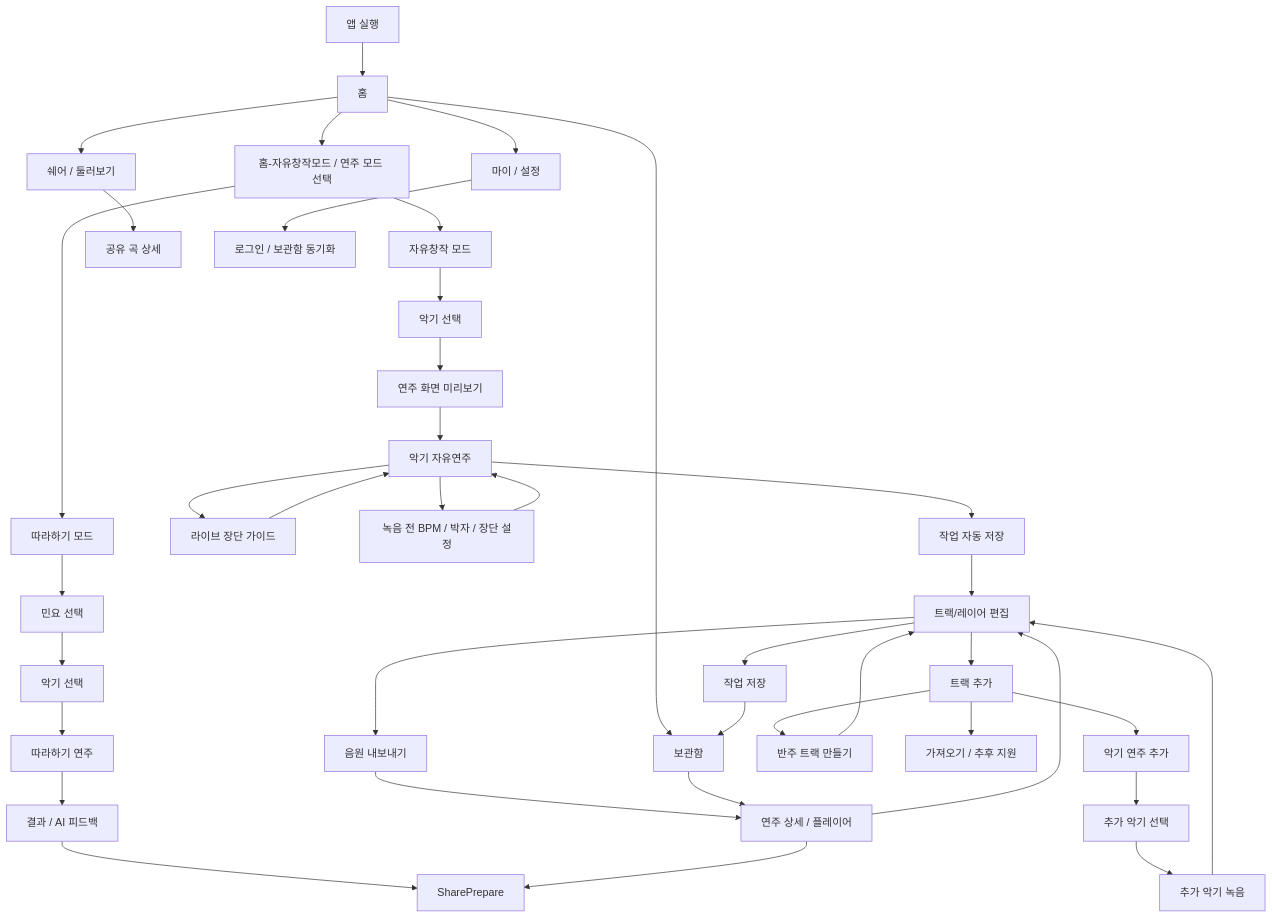
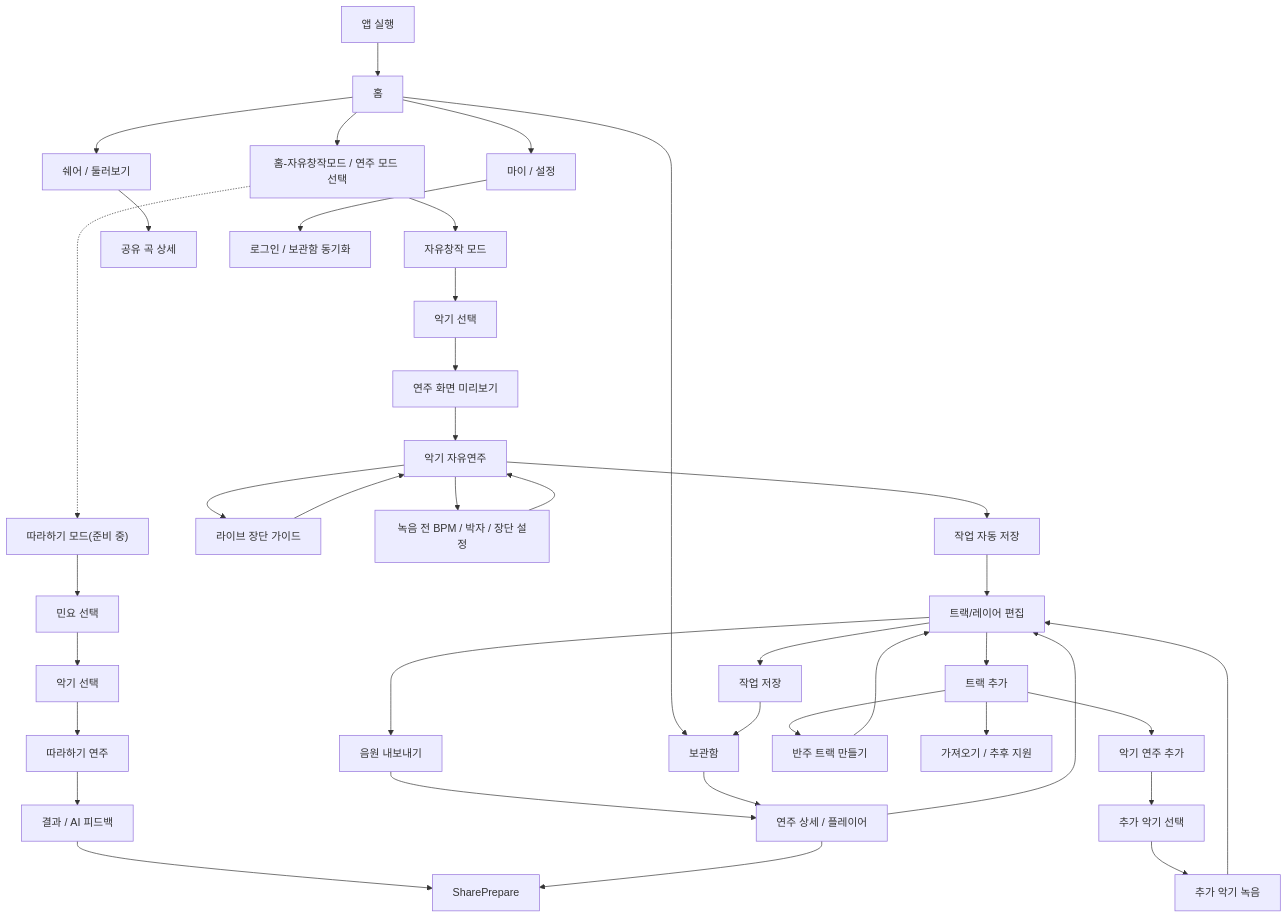
The diagram in front/docs/product/screen-flow/current-screen-flow.md (logan0741/GARAK-AI-Gugak-Studio), drawn with Mermaid before and after one commit. The commit also changed other lines of this file and 27 other files, not shown here.

````diff
--- a/front/docs/product/screen-flow/current-screen-flow.md
+++ b/front/docs/product/screen-flow/current-screen-flow.md
@@ -122,48 +123,48 @@
 ```mermaid
 flowchart TD
     App["앱 실행"] --> Home["홈"]
 
     Home --> ModeGuide["홈-자유창작모드 / 연주 모드 선택"]
     Home --> Library["보관함"]
     Home --> ShareFeed["쉐어 / 둘러보기"]
     Home --> Settings["마이 / 설정"]
 
     ModeGuide --> FreeMode["자유창작 모드"]
-    ModeGuide --> PracticeEntry["따라하기 모드"]
+    ModeGuide -.-> PracticeEntry["따라하기 모드(준비 중)"]
     FreeMode --> InstrumentSettings["악기 선택"]
     InstrumentSettings --> PlayPreview["연주 화면 미리보기"]
     PlayPreview --> FreePlay["악기 자유연주"]
     FreePlay --> LiveJangdanGuide["라이브 장단 가이드"]
     LiveJangdanGuide --> FreePlay
 
     FreePlay --> RecordSetup["녹음 전 BPM / 박자 / 장단 설정"]
     RecordSetup --> FreePlay
     FreePlay --> AutoSaveWork["작업 자동 저장"]
     AutoSaveWork --> LayerEdit["트랙/레이어 편집"]
     LayerEdit --> SaveWork["작업 저장"]
     LayerEdit --> ExportAudio["음원 내보내기"]
     SaveWork --> Library
     ExportAudio --> RecordingDetail
 
     LayerEdit --> AddTrack["트랙 추가"]
     AddTrack --> AddInstrumentType["악기 연주 추가"]
     AddTrack --> AccompanimentTrack["반주 트랙 만들기"]
     AddTrack --> ImportLocked["가져오기 / 추후 지원"]
     AddInstrumentType --> AddInstrumentSelect["추가 악기 선택"]
     AddInstrumentSelect --> ExtraInstrumentRecord["추가 악기 녹음"]
     ExtraInstrumentRecord --> LayerEdit
     AccompanimentTrack --> LayerEdit
 
     PracticeEntry --> SongSelect["민요 선택"]
     SongSelect --> PracticeInstrument["악기 선택"]
     PracticeInstrument --> PracticePlay["따라하기 연주"]
     PracticePlay --> PracticeResult["결과 / AI 피드백"]
     PracticeResult --> SharePrepare
 
     Library --> RecordingDetail["연주 상세 / 플레이어"]
     RecordingDetail --> LayerEdit
     RecordingDetail --> SharePrepare
 
     ShareFeed --> SharedDetail["공유 곡 상세"]
     Settings --> LoginSync["로그인 / 보관함 동기화"]
 ```
````
